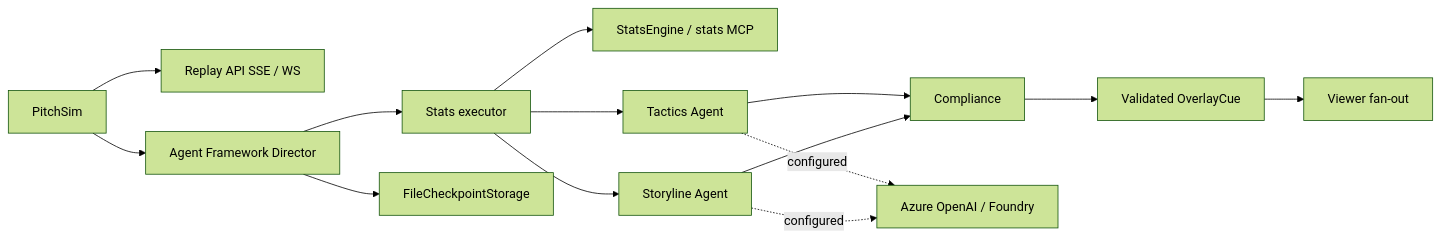
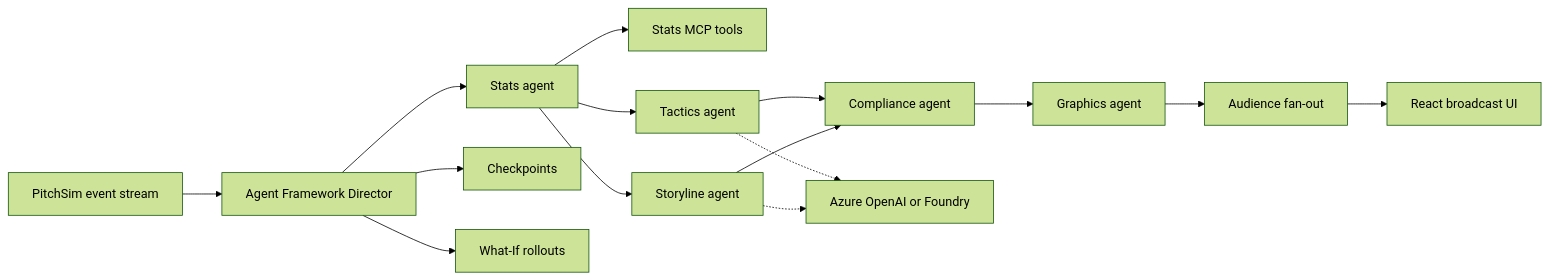
The diagram in README.md (KingEmma7/playmakers-inside-the-game), drawn with Mermaid (forest theme) before and after one commit. The commit also changed other lines of this file and 1 other file, not shown here.

````diff
--- a/README.md
+++ b/README.md
@@ -180,16 +17,17 @@
 ```mermaid
 flowchart LR
-  PitchSim --> Replay[Replay API SSE / WS]
-  PitchSim --> Director[Agent Framework Director]
-  Director --> Stats[Stats executor]
-  Stats --> Tools[StatsEngine / stats MCP]
-  Stats --> Tactics[Tactics Agent]
-  Stats --> Storyline[Storyline Agent]
-  Tactics --> Compliance
-  Storyline --> Compliance
-  Compliance --> Graphics[Validated OverlayCue]
-  Graphics --> Audience[Viewer fan-out]
-  Director --> Checkpoints[FileCheckpointStorage]
-  Tactics -. configured .-> Models[Azure OpenAI / Foundry]
-  Storyline -. configured .-> Models
+  Sim["PitchSim event stream"] --> Director["Agent Framework Director"]
+  Director --> Stats["Stats agent"]
+  Stats --> MCP["Stats MCP tools"]
+  Stats --> Tactics["Tactics agent"]
+  Stats --> Story["Storyline agent"]
+  Tactics --> Comp["Compliance agent"]
+  Story --> Comp
+  Comp --> Gfx["Graphics agent"]
+  Gfx --> Aud["Audience fan-out"]
+  Aud --> Web["React broadcast UI"]
+  Director --> Ckpt["Checkpoints"]
+  Director --> WhatIf["What-If rollouts"]
+  Tactics -.-> Models["Azure OpenAI or Foundry"]
+  Story -.-> Models
 ```
````
